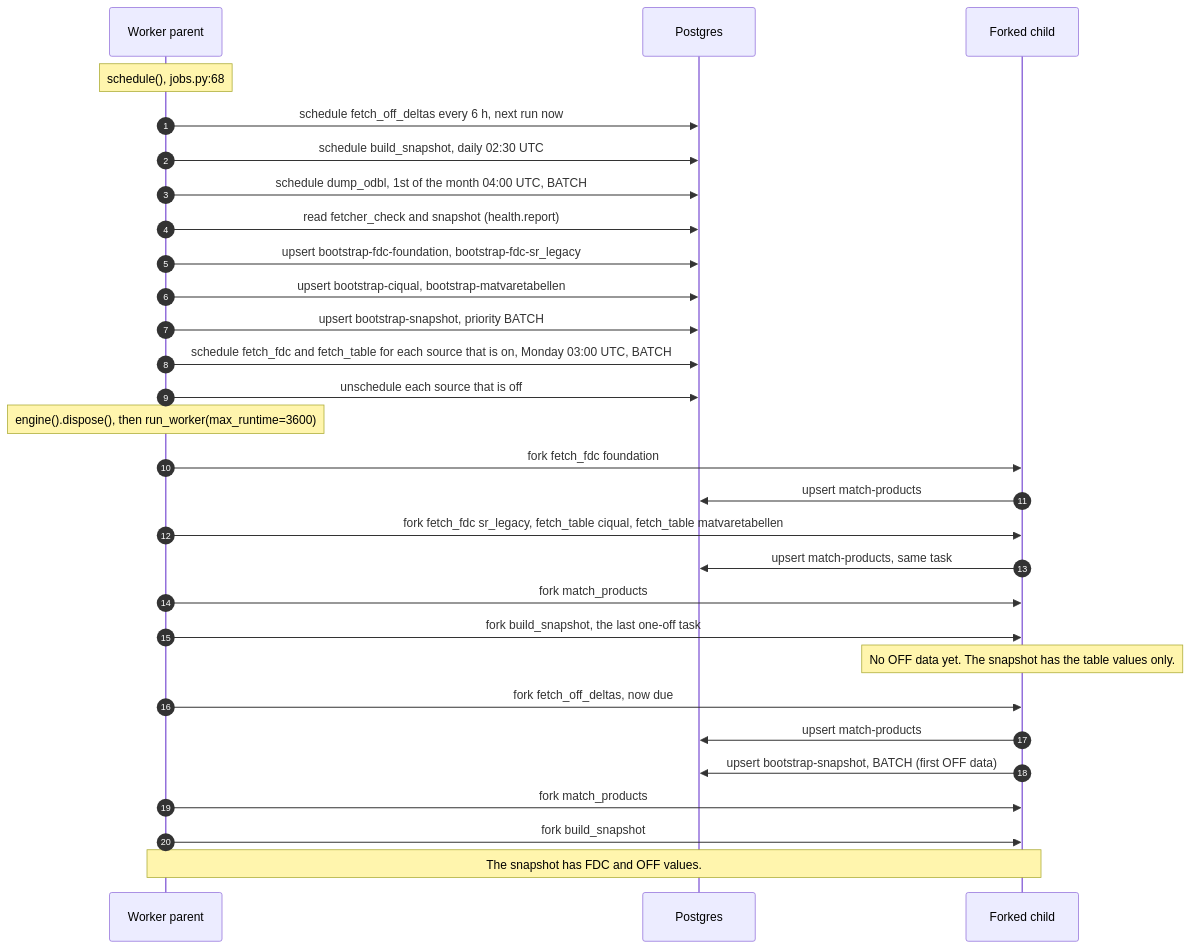
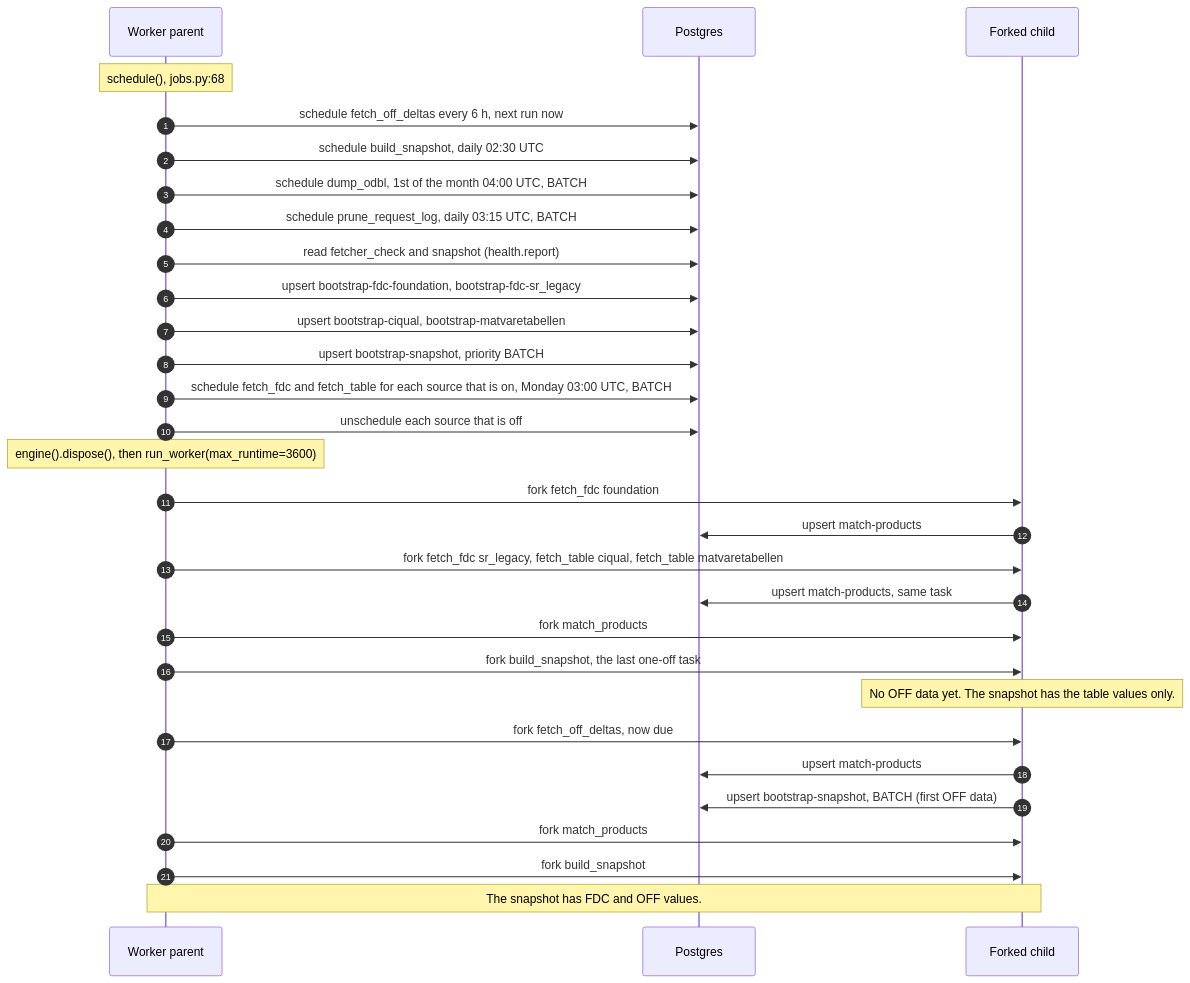
The tenth of 19 diagrams in docs/architecture.md (eait-fit/fooddb), drawn with Mermaid before and after one commit. The commit also changed other lines of this file and 22 other files, not shown here.

First line of the commit message:
feat(admin): request log and admin panel pages for jobs, requests and users (#51)

````diff
--- a/docs/architecture.md
+++ b/docs/architecture.md
@@ -672,31 +768,32 @@
 ```mermaid
 sequenceDiagram
     autonumber
     participant W as Worker parent
     participant Q as Postgres
     participant C as Forked child
     Note over W: schedule(), jobs.py:68
     W->>Q: schedule fetch_off_deltas every 6 h, next run now
     W->>Q: schedule build_snapshot, daily 02:30 UTC
     W->>Q: schedule dump_odbl, 1st of the month 04:00 UTC, BATCH
+    W->>Q: schedule prune_request_log, daily 03:15 UTC, BATCH
     W->>Q: read fetcher_check and snapshot (health.report)
     W->>Q: upsert bootstrap-fdc-foundation, bootstrap-fdc-sr_legacy
     W->>Q: upsert bootstrap-ciqual, bootstrap-matvaretabellen
     W->>Q: upsert bootstrap-snapshot, priority BATCH
     W->>Q: schedule fetch_fdc and fetch_table for each source that is on, Monday 03:00 UTC, BATCH
     W->>Q: unschedule each source that is off
     Note over W: engine().dispose(), then run_worker(max_runtime=3600)
     W->>C: fork fetch_fdc foundation
     C->>Q: upsert match-products
     W->>C: fork fetch_fdc sr_legacy, fetch_table ciqual, fetch_table matvaretabellen
     C->>Q: upsert match-products, same task
     W->>C: fork match_products
     W->>C: fork build_snapshot, the last one-off task
     Note over C: No OFF data yet. The snapshot has the table values only.
     W->>C: fork fetch_off_deltas, now due
     C->>Q: upsert match-products
     C->>Q: upsert bootstrap-snapshot, BATCH (first OFF data)
     W->>C: fork match_products
     W->>C: fork build_snapshot
     Note over W,C: The snapshot has FDC and OFF values.
 ```
````
